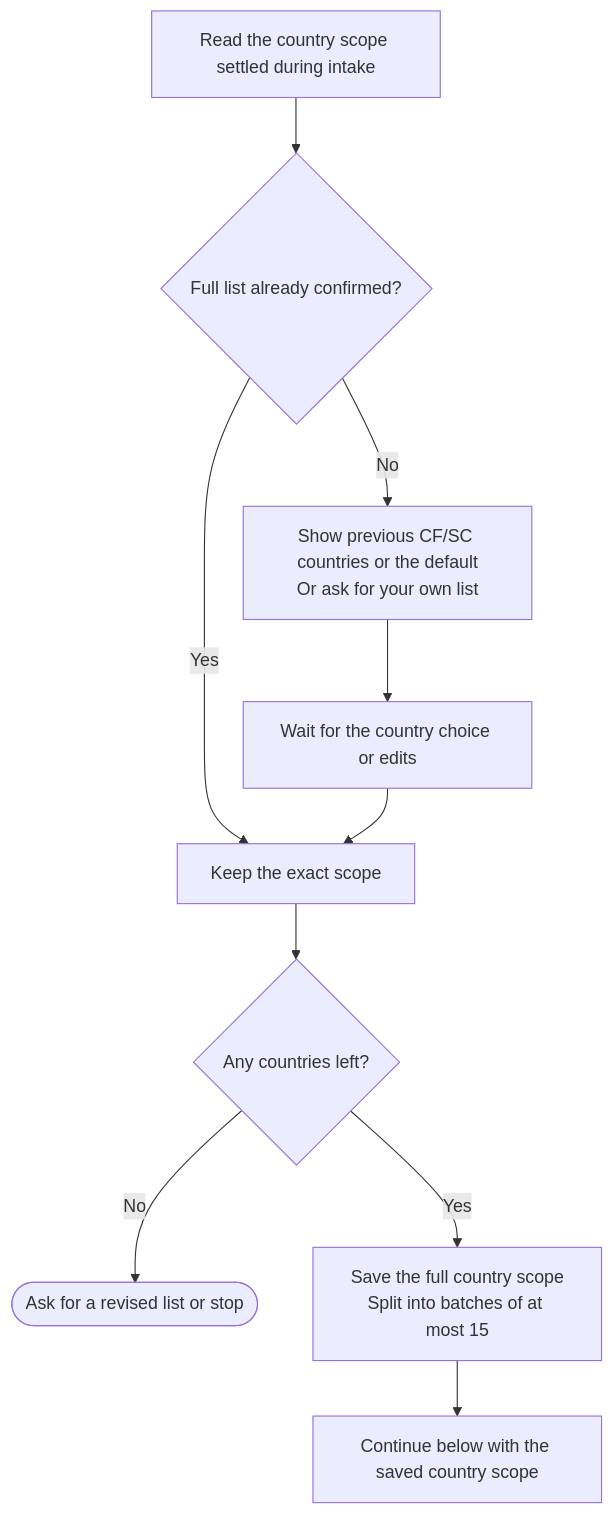
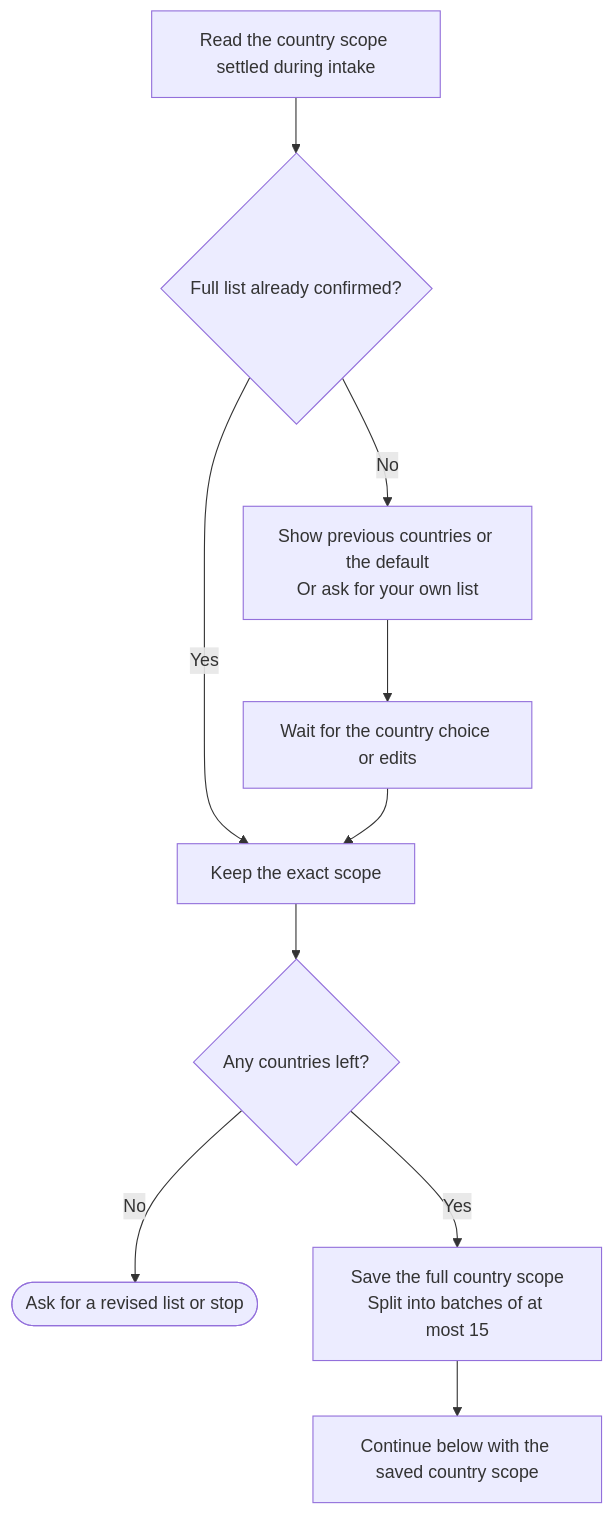
The first of 2 diagrams in docs/commands/country-finder/step2-country-discovery/detailed.md (myowinthein/agent-compass), drawn with Mermaid before and after one commit. The commit also changed other lines of this file and 10 other files, not shown here.

````diff
--- a/docs/commands/country-finder/step2-country-discovery/detailed.md
+++ b/docs/commands/country-finder/step2-country-discovery/detailed.md
@@ -29,12 +29,12 @@
 ```mermaid
 flowchart TD
   Start["Read the country scope settled during intake"] --> Confirmed{"Full list already confirmed?"}
   Confirmed -->|Yes| Scope["Keep the exact scope"]
-  Confirmed -->|No| Offer["Show previous CF/SC countries or the default<br/>Or ask for your own list"]
+  Confirmed -->|No| Offer["Show previous countries or the default<br/>Or ask for your own list"]
   Offer --> Confirm["Wait for the country choice or edits"]
   Confirm --> Scope
   Scope --> Empty{"Any countries left?"}
   Empty -->|No| Revise(["Ask for a revised list or stop"])
   Empty -->|Yes| Batch["Save the full country scope<br/>Split into batches of at most 15"]
   Batch --> Continue["Continue below with the saved country scope"]
 ```
````
